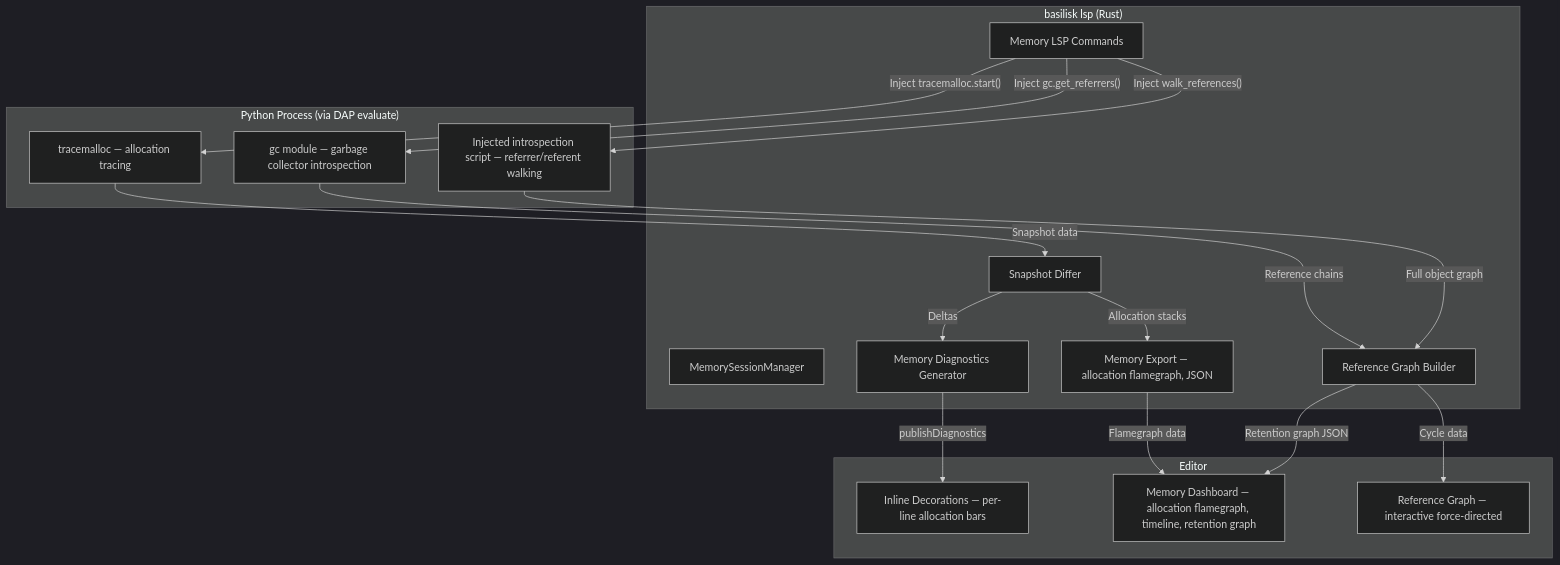
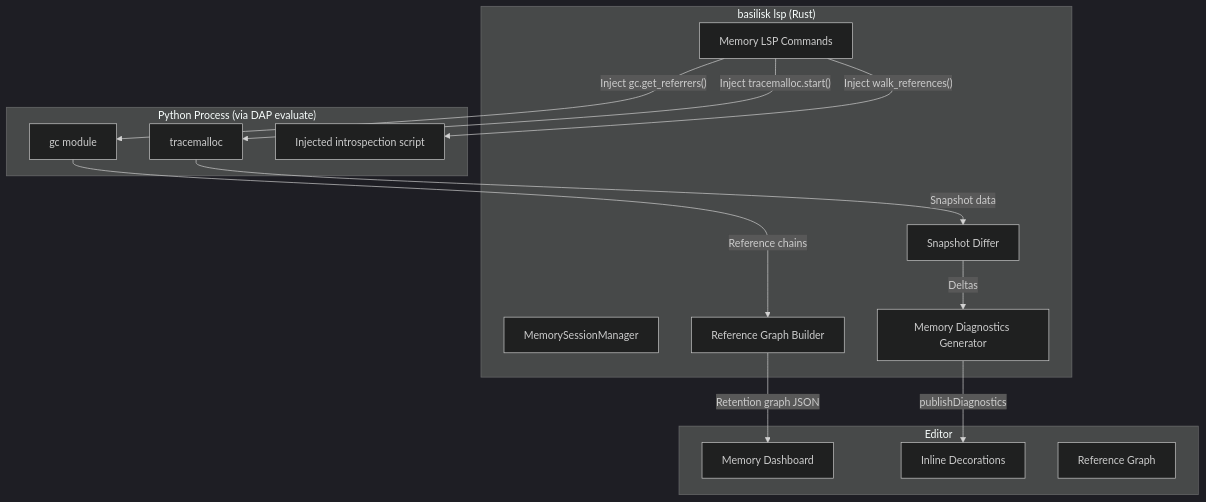
Before and after one commit to Nimblesite/Basilisk: the second of 2 diagrams in docs/specs/LSP-PROFILING-SPEC.md, drawn with Mermaid (dark theme). The commit also changed other lines of this file and 23 other files, not shown here.

````diff
--- a/docs/specs/LSP-PROFILING-SPEC.md
+++ b/docs/specs/LSP-PROFILING-SPEC.md
@@ -758,36 +314,31 @@
 ```mermaid
 graph TB
     subgraph "Editor"
-        MEM_UI[Memory Dashboard — allocation flamegraph, timeline, retention graph]
-        MEM_INLINE[Inline Decorations — per-line allocation bars]
-        MEM_GRAPH[Reference Graph — interactive force-directed]
+        MEM_UI[Memory Dashboard]
+        MEM_INLINE[Inline Decorations]
+        MEM_GRAPH[Reference Graph]
     end
 
     subgraph "basilisk lsp (Rust)"
         MEM_MGR[MemorySessionManager]
         MEM_CMD[Memory LSP Commands]
         SNAPSHOT[Snapshot Differ]
         GRAPH_BUILDER[Reference Graph Builder]
         MEM_DIAG[Memory Diagnostics Generator]
-        MEM_EXPORT[Memory Export — allocation flamegraph, JSON]
     end
 
     subgraph "Python Process (via DAP evaluate)"
-        TRACEMALLOC[tracemalloc — allocation tracing]
-        GC_MOD[gc module — garbage collector introspection]
-        OBJGRAPH_SCRIPT[Injected introspection script — referrer/referent walking]
+        TRACEMALLOC[tracemalloc]
+        GC_MOD[gc module]
+        OBJGRAPH_SCRIPT[Injected introspection script]
     end
 
     MEM_CMD -->|"Inject tracemalloc.start()"| TRACEMALLOC
     MEM_CMD -->|"Inject gc.get_referrers()"| GC_MOD
     MEM_CMD -->|"Inject walk_references()"| OBJGRAPH_SCRIPT
     TRACEMALLOC -->|"Snapshot data"| SNAPSHOT
     GC_MOD -->|"Reference chains"| GRAPH_BUILDER
-    OBJGRAPH_SCRIPT -->|"Full object graph"| GRAPH_BUILDER
     SNAPSHOT -->|"Deltas"| MEM_DIAG
-    SNAPSHOT -->|"Allocation stacks"| MEM_EXPORT
     GRAPH_BUILDER -->|"Retention graph JSON"| MEM_UI
     MEM_DIAG -->|"publishDiagnostics"| MEM_INLINE
-    MEM_EXPORT -->|"Flamegraph data"| MEM_UI
-    GRAPH_BUILDER -->|"Cycle data"| MEM_GRAPH
 ```
````
